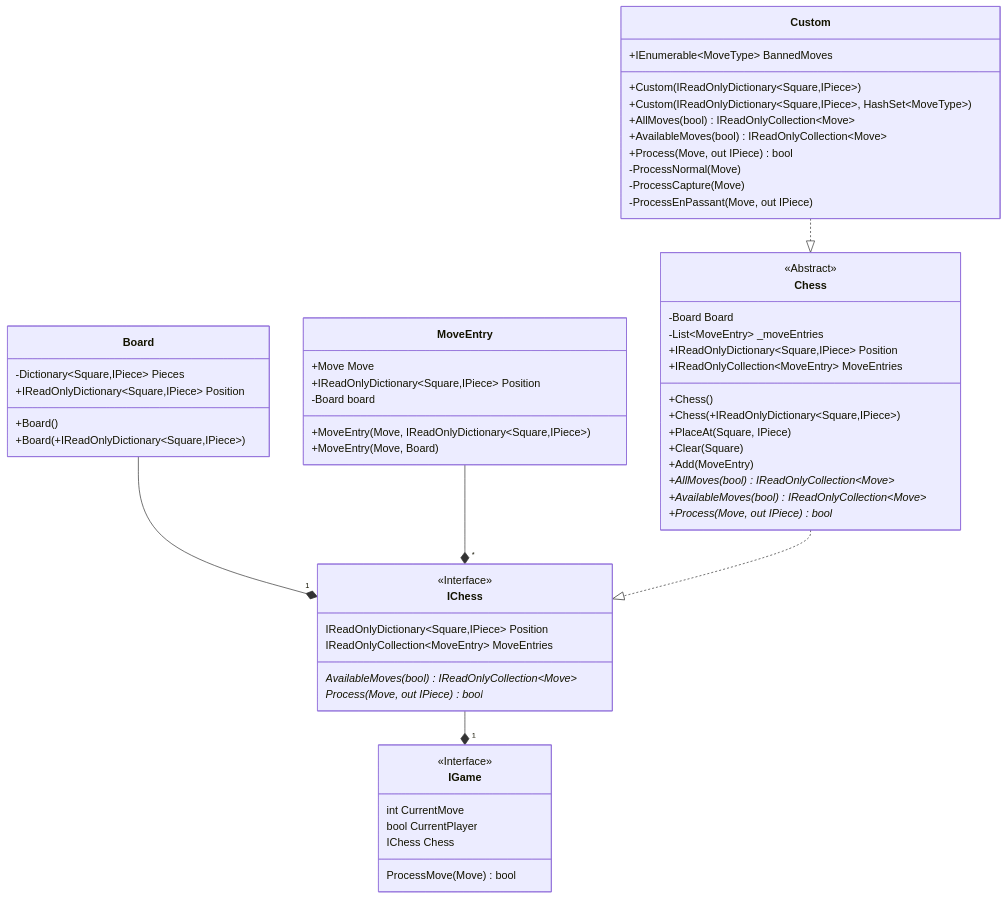
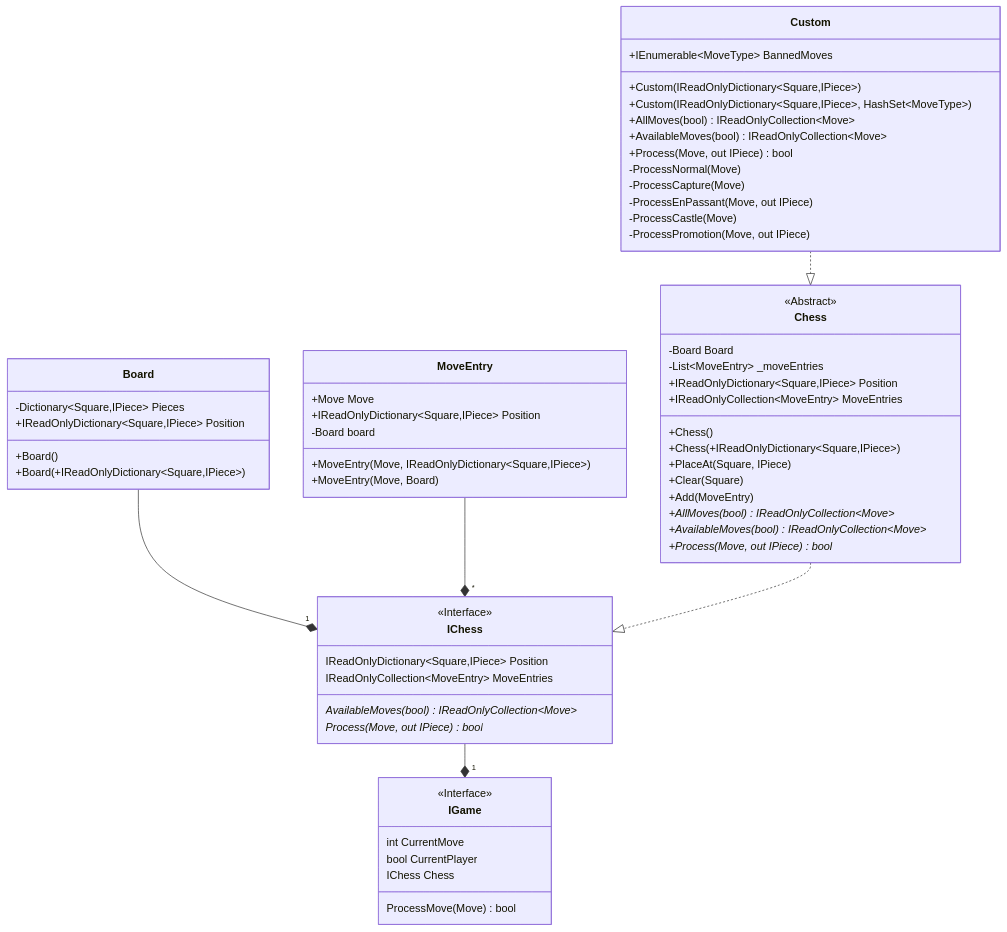
Before and after one commit to JeanLColombo/Mate: diagram 11 of 16 in README.md, drawn with Mermaid. The commit also changed other lines of this file and 9 other files, not shown here.

Commit message:
Fully tested Process(Move, out IPiece)

````diff
--- a/README.md
+++ b/README.md
@@ -174,61 +174,63 @@
 ```mermaid
     classDiagram
     class IChess{
         <<Interface>>
         IReadOnlyDictionary~Square,IPiece~ Position
         IReadOnlyCollection~MoveEntry~ MoveEntries
         AvailableMoves(bool)* IReadOnlyCollection~Move~
         Process(Move, out IPiece)* bool
     }
     class IGame{
         <<Interface>>
         int CurrentMove
         bool CurrentPlayer
         IChess Chess
         ProcessMove(Move) bool
     }
     class Chess{
         <<Abstract>>
         -Board Board
         -List~MoveEntry~ _moveEntries
         +IReadOnlyDictionary~Square,IPiece~ Position
         +IReadOnlyCollection~MoveEntry~ MoveEntries
         +Chess()
         +Chess(+IReadOnlyDictionary~Square,IPiece~)
         +PlaceAt(Square, IPiece) 
         +Clear(Square)
         +Add(MoveEntry) 
         +AllMoves(bool)* IReadOnlyCollection~Move~
         +AvailableMoves(bool)* IReadOnlyCollection~Move~
         +Process(Move, out IPiece)* bool
     }
     class Board{
         -Dictionary~Square,IPiece~ Pieces
         +IReadOnlyDictionary~Square,IPiece~ Position 
         +Board()
         +Board(+IReadOnlyDictionary~Square,IPiece~)
     }
     class MoveEntry{
         +Move Move
         +IReadOnlyDictionary~Square,IPiece~ Position
         -Board board
         +MoveEntry(Move, IReadOnlyDictionary~Square,IPiece~)
         +MoveEntry(Move, Board)
     }
     class Custom{
         +IEnumerable~MoveType~ BannedMoves
         +Custom(IReadOnlyDictionary~Square,IPiece~)
         +Custom(IReadOnlyDictionary~Square,IPiece~, HashSet~MoveType~)
         +AllMoves(bool) IReadOnlyCollection~Move~
         +AvailableMoves(bool) IReadOnlyCollection~Move~
         +Process(Move, out IPiece) bool
         -ProcessNormal(Move)
         -ProcessCapture(Move)
         -ProcessEnPassant(Move, out IPiece)
+        -ProcessCastle(Move)
+        -ProcessPromotion(Move, out IPiece)
     }
     Board --* "1" IChess
     MoveEntry --* "*" IChess
     Chess ..|> IChess
     IChess --* "1" IGame
     Custom ..|> Chess
 ```
````
